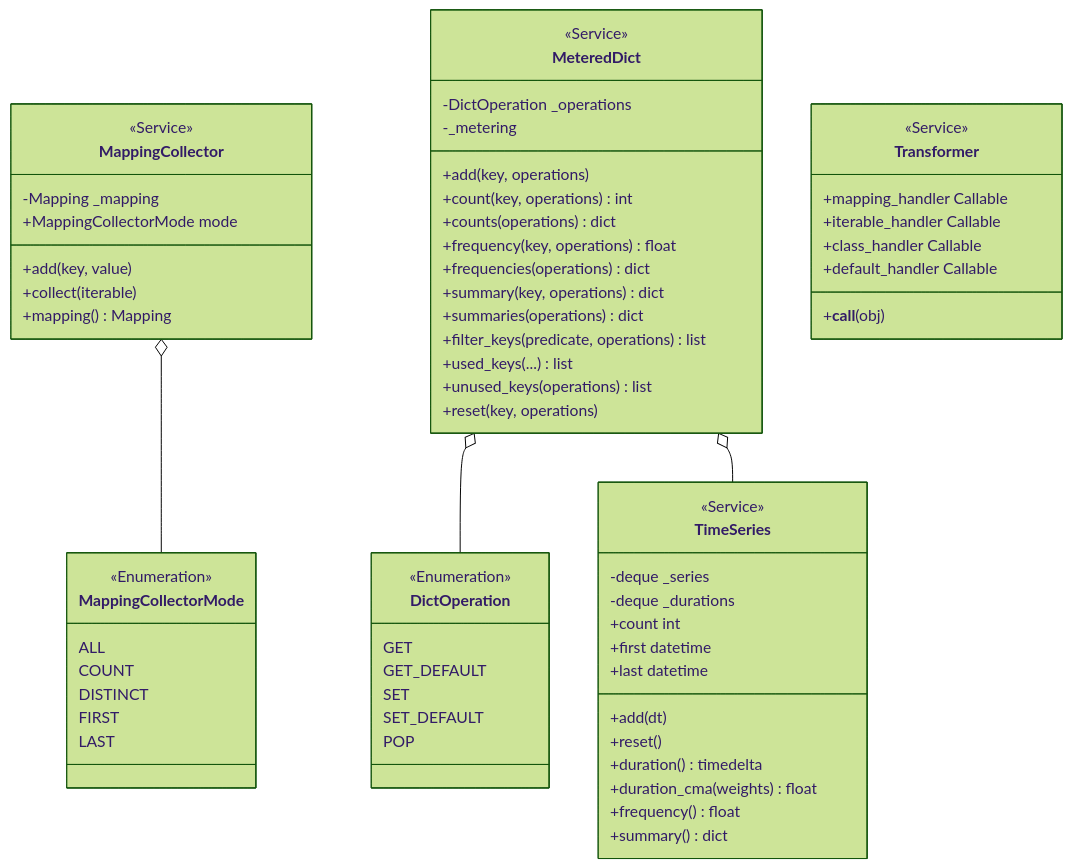
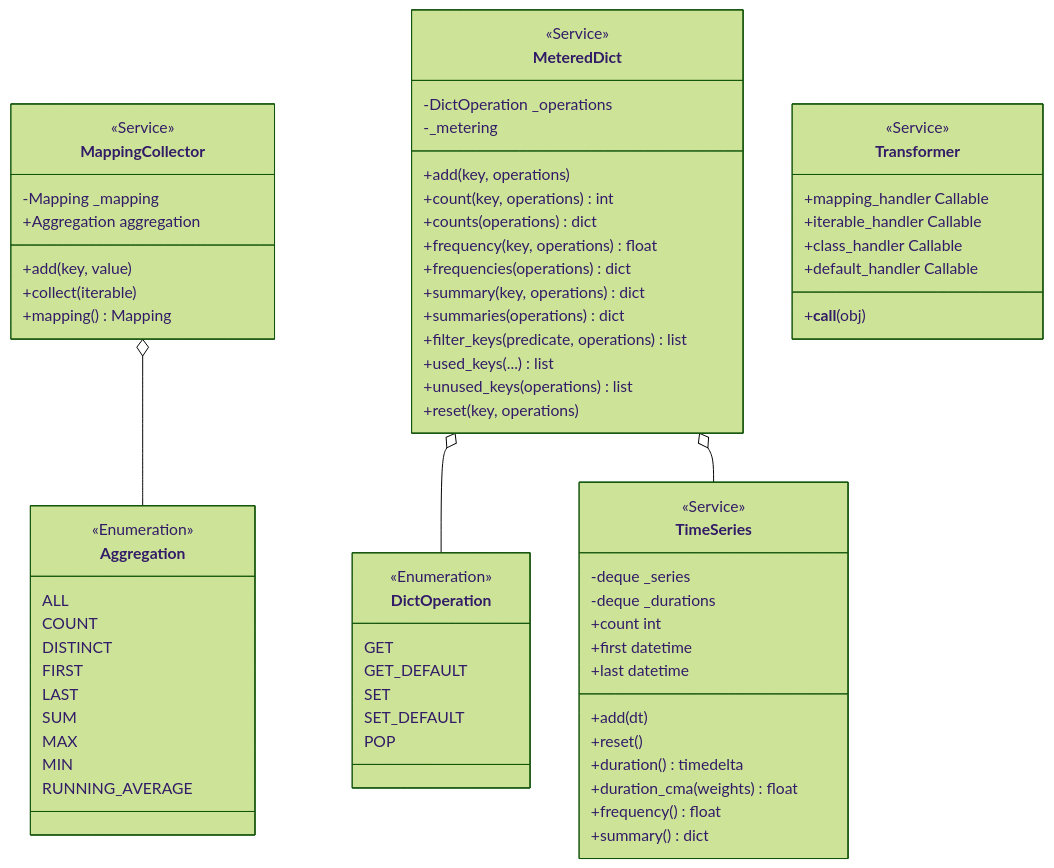
One commit to erivlis/mappingtools changed the diagram in docs/diagrams/class_diagram.md. Above: the diagram before and after it, drawn with Mermaid (forest theme). The commit also changed 8 other files, not shown here.

````diff
--- a/docs/diagrams/class_diagram.md
+++ b/docs/diagrams/class_diagram.md
@@ -1,74 +1,78 @@
 ```mermaid
 classDiagram
     class MappingCollector {
         <<Service>>
         -Mapping _mapping
-        +MappingCollectorMode mode
+        +Aggregation aggregation
         +add(key, value)
         +collect(iterable)
         +mapping() Mapping
     }
 
-    class MappingCollectorMode {
+    class Aggregation {
         <<Enumeration>>
         ALL
         COUNT
         DISTINCT
         FIRST
         LAST
+        SUM
+        MAX
+        MIN
+        RUNNING_AVERAGE
     }
 
     class MeteredDict {
         <<Service>>
         -DictOperation _operations
         -_metering
         +add(key, operations)
         +count(key, operations) int
         +counts(operations) dict
         +frequency(key, operations) float
         +frequencies(operations) dict
         +summary(key, operations) dict
         +summaries(operations) dict
         +filter_keys(predicate, operations) list
         +used_keys(...) list
         +unused_keys(operations) list
         +reset(key, operations)
     }
 
     class DictOperation {
         <<Enumeration>>
         GET
         GET_DEFAULT
         SET
         SET_DEFAULT
         POP
     }
 
     class TimeSeries {
         <<Service>>
         -deque _series
         -deque _durations
         +count int
         +first datetime
         +last datetime
         +add(dt)
         +reset()
         +duration() timedelta
         +duration_cma(weights) float
         +frequency() float
         +summary() dict
     }
 
     class Transformer {
         <<Service>>
         +mapping_handler Callable
         +iterable_handler Callable
         +class_handler Callable
         +default_handler Callable
         +__call__(obj)
     }
 
-    MappingCollector o-- MappingCollectorMode
+    MappingCollector o-- Aggregation
     MeteredDict o-- DictOperation
     MeteredDict o-- TimeSeries
 ```
````
